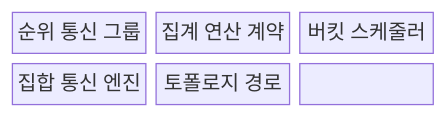
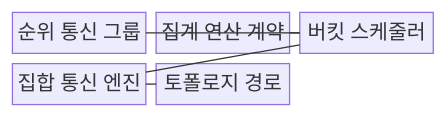
One commit to agnusdei1207/knowledge-base changed the first of 2 diagrams in src/content/docs/notes/04-network/106_all_reduce_collective_communication.md. Above: the diagram before and after it, drawn with Mermaid. The commit also changed other lines of this file and 16 other files, not shown here.

````diff
--- a/src/content/docs/notes/04-network/106_all_reduce_collective_communication.md
+++ b/src/content/docs/notes/04-network/106_all_reduce_collective_communication.md
@@ -56,11 +56,13 @@
 ```mermaid
 block-beta
     columns 3
     A["순위 통신 그룹"]
     B["집계 연산 계약"]
     C["버킷 스케줄러"]
     D["집합 통신 엔진"]
     E["토폴로지 경로"]
-    A --- B --- C
-    C --- D --- E
+    A --- C
+    B --- C
+    C --- D
+    D --- E
 ```
````
